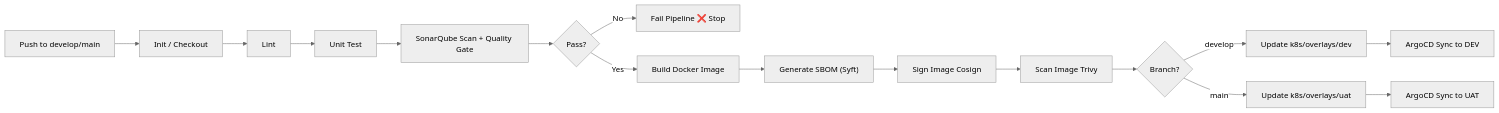
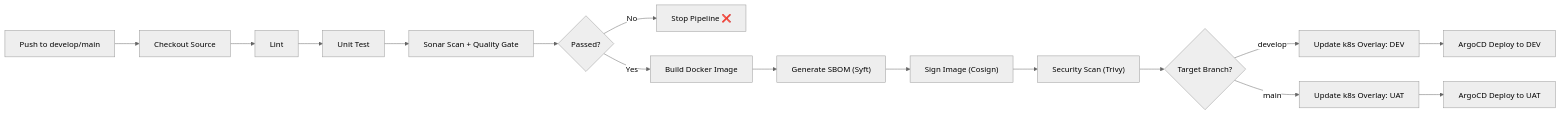
Before and after one commit to extosoft-devsecops/test-devops: the third of 5 diagrams in documents/03-DeploymentPipeline.md, drawn with Mermaid (neutral theme). The commit also changed other lines of this file, not shown here.

````diff
--- a/documents/03-DeploymentPipeline.md
+++ b/documents/03-DeploymentPipeline.md
@@ -139,18 +155,19 @@
 ```mermaid
 flowchart LR
-    B1[Push to develop/main] --> B2[Init / Checkout]
+    B1[Push to develop/main] --> B2[Checkout Source]
     B2 --> B3[Lint]
     B3 --> B4[Unit Test]
-    B4 --> B5[SonarQube Scan + Quality Gate]
-    B5 --> B6{Pass?}
-    B6 -->|No| B7["Fail Pipeline ❌ Stop"]
+    B4 --> B5[Sonar Scan + Quality Gate]
+    B5 --> B6{Passed?}
+    B6 -->|No| B7["Stop Pipeline ❌"]
     B6 -->|Yes| B8[Build Docker Image]
     B8 --> B9["Generate SBOM (Syft)"]
-    B9 --> B10[Sign Image Cosign ]
-    B10 --> B11[Scan Image Trivy ]
-    B11 --> B12{Branch?}
-    B12 -->|develop| B13[Update k8s/overlays/dev]
-    B12 -->|main| B14[Update k8s/overlays/uat]
-    B13 --> C1[ArgoCD Sync to DEV]
-    B14 --> C2[ArgoCD Sync to UAT]
+    B9 --> B10["Sign Image (Cosign)"]
+    B10 --> B11["Security Scan (Trivy)"]
+    B11 --> B12{Target Branch?}
+    B12 -->|develop| B13[Update k8s Overlay: DEV]
+    B12 -->|main| B14[Update k8s Overlay: UAT]
+    B13 --> C1[ArgoCD Deploy to DEV]
+    B14 --> C2[ArgoCD Deploy to UAT]
+
 ```
````
